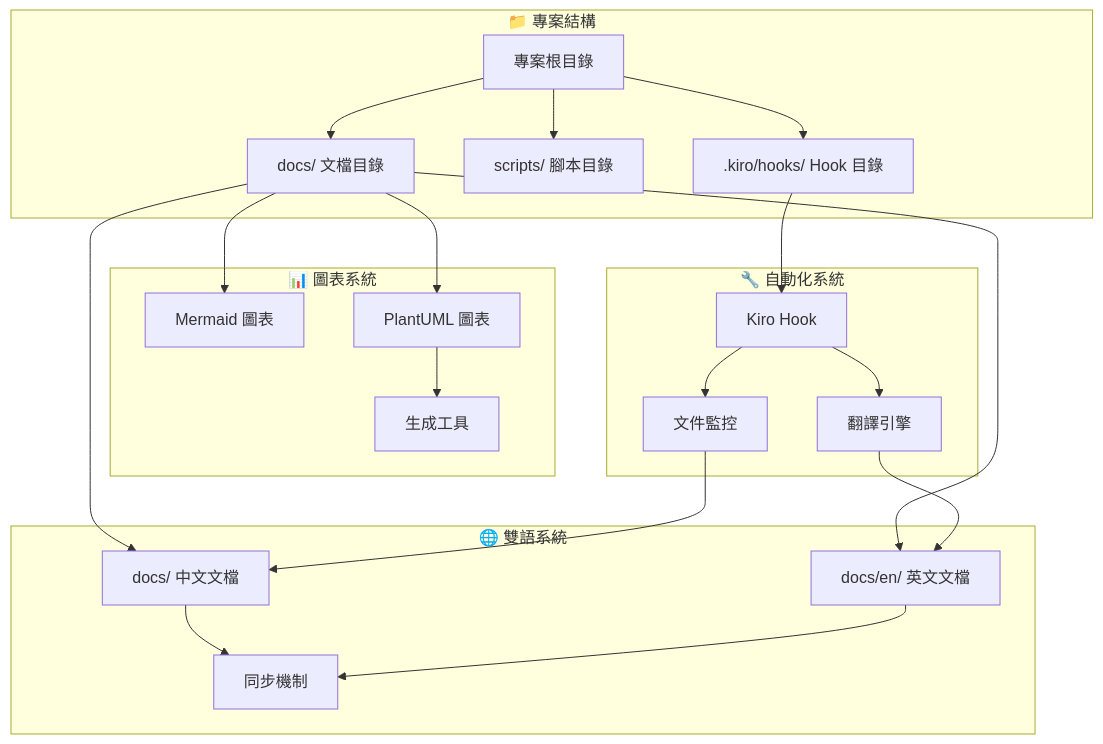
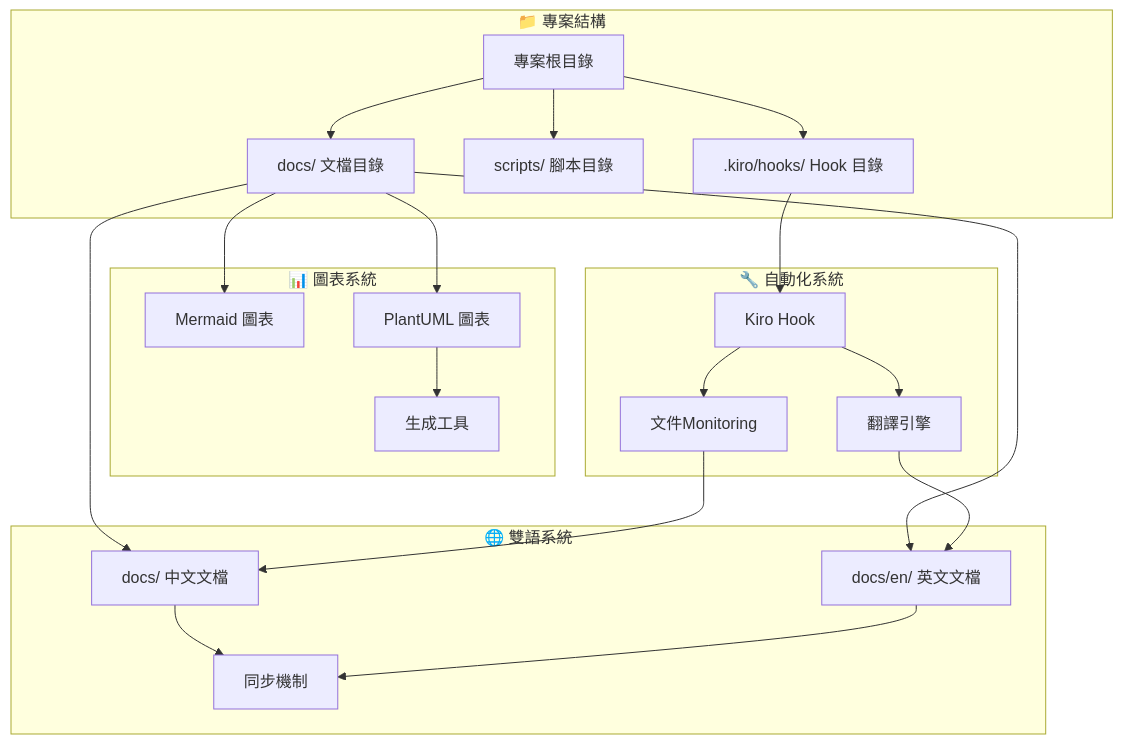
The first of 3 diagrams in docs/en/.kiro/specs/diagram-system-enhancement/design.md (humank/genai-demo), drawn with Mermaid before and after one commit. The commit also changed other lines of this file and 583 other files, not shown here.

````diff
--- a/docs/en/.kiro/specs/diagram-system-enhancement/design.md
+++ b/docs/en/.kiro/specs/diagram-system-enhancement/design.md
@@ -19,47 +12,47 @@
 ```mermaid
 graph TB
     subgraph "📁 專案結構"
         ROOT[專案根目錄]
         DOCS[docs/ 文檔目錄]
         SCRIPTS[scripts/ 腳本目錄]
         HOOKS[.kiro/hooks/ Hook 目錄]
     end
     
     subgraph "🌐 雙語系統"
         ZH[docs/ 中文文檔]
         EN[docs/en/ 英文文檔]
         SYNC[同步機制]
     end
     
     subgraph "📊 圖表系統"
         MERMAID[Mermaid 圖表]
         PLANTUML[PlantUML 圖表]
         TOOLS[生成工具]
     end
     
     subgraph "🔧 自動化系統"
         HOOK[Kiro Hook]
         TRANSLATE[翻譯引擎]
-        MONITOR[文件監控]
+        MONITOR[文件Monitoring]
     end
     
     ROOT --> DOCS
     ROOT --> SCRIPTS
     ROOT --> HOOKS
     
     DOCS --> ZH
     DOCS --> EN
     ZH --> SYNC
     EN --> SYNC
     
     DOCS --> MERMAID
     DOCS --> PLANTUML
     PLANTUML --> TOOLS
     
     HOOKS --> HOOK
     HOOK --> TRANSLATE
     HOOK --> MONITOR
     
     MONITOR --> ZH
     TRANSLATE --> EN
 ```
````
